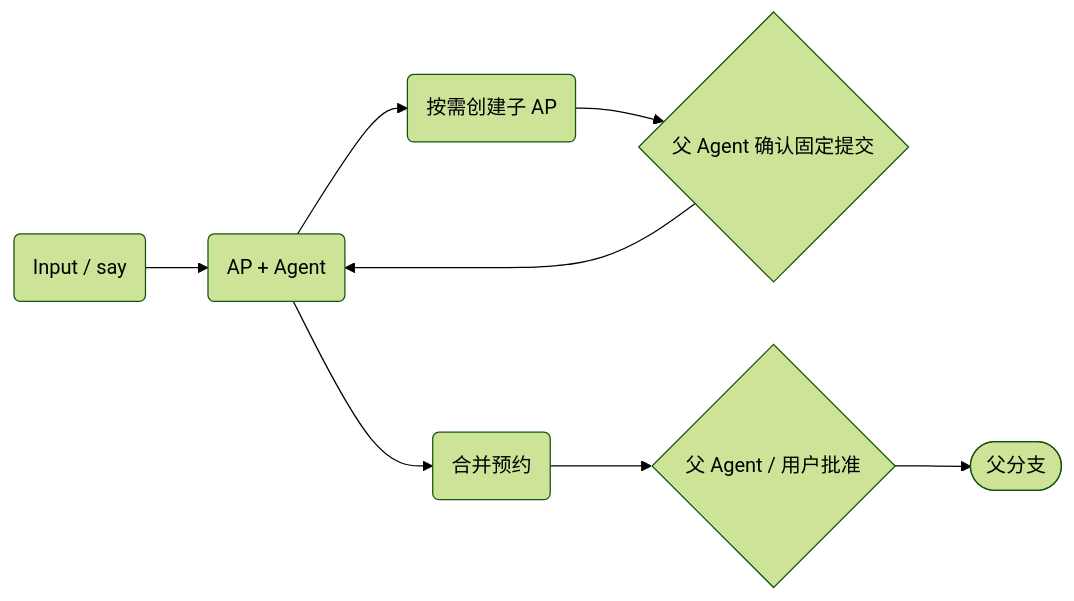
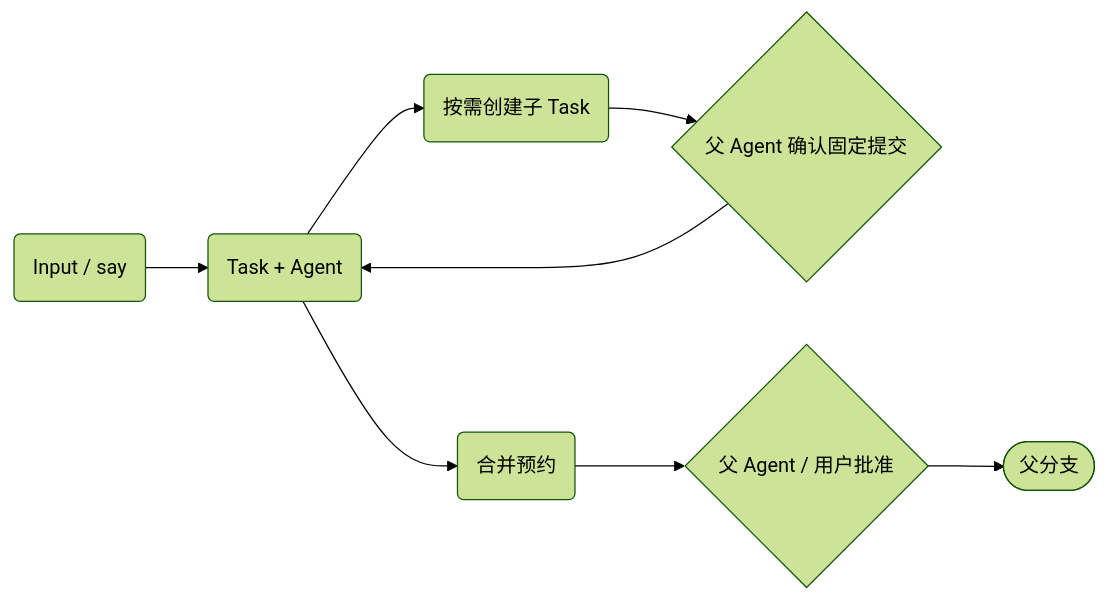
Before and after one commit to Loyage/lush: the diagram in docs/core-architecture.md, drawn with Mermaid (forest theme). The commit also changed other lines of this file and 339 other files, not shown here.

First line of the commit message:
revert: 撤销 Task→agent-process（AP）改名，回到 Task 命名

````diff
--- a/docs/core-architecture.md
+++ b/docs/core-architecture.md
@@ -22,10 +22,10 @@
 ```mermaid
 flowchart LR
-    input("Input / say") --> ap("AP + Agent")
-    ap --> child("按需创建子 AP")
+    input("Input / say") --> task("Task + Agent")
+    task --> child("按需创建子 Task")
     child --> confirm{"父 Agent 确认固定提交"}
-    confirm --> ap
-    ap --> request("合并预约")
+    confirm --> task
+    task --> request("合并预约")
     request --> approve{"父 Agent / 用户批准"}
     approve --> target(["父分支"])
 ```
````
